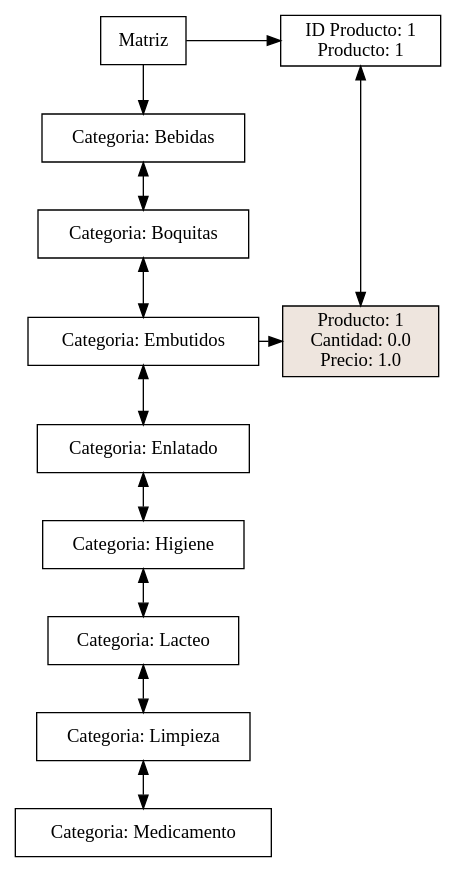
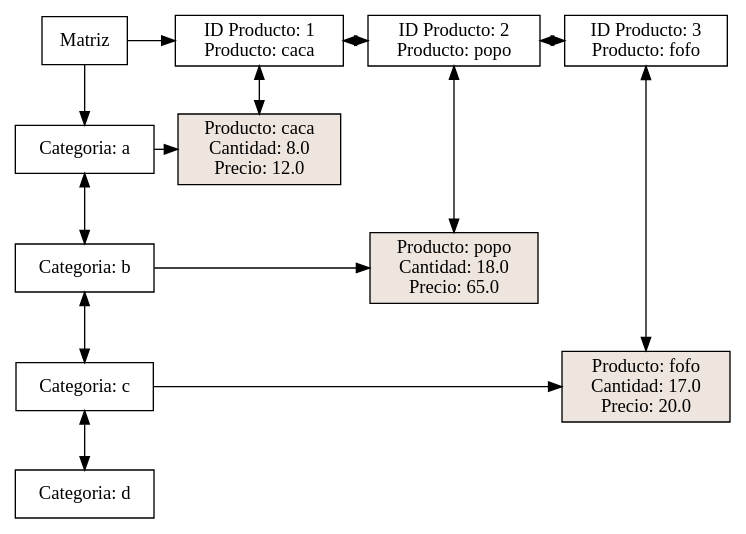
One commit to Eduardo01004/Proyecto_Clase_EDD changed the diagram in Proyecto_Clase/Matriz_inventario.dot. Above: the diagram before and after it, drawn with Graphviz. The commit also changed 103 other files, not shown here.

```diff
--- a/Proyecto_Clase/Matriz_inventario.dot
+++ b/Proyecto_Clase/Matriz_inventario.dot
@@ -1,31 +1,41 @@
 digraph G{
 node [shape = box]
 raiz[label="Matriz"  group=1];
-960840988 [label="Categoria: Bebidas" group = 1];
-1742038016 [label="Categoria: Boquitas" group = 1];
-1384080230 [label="Categoria: Embutidos" group = 1];
-1934208243 [label="Categoria: Enlatado" group = 1];
-1622632995 [label="Categoria: Higiene" group = 1];
-747562833 [label="Categoria: Lacteo" group = 1];
-96720373 [label="Categoria: Limpieza" group = 1];
-1003736970 [label="Categoria: Medicamento" group = 1];
-960840988->1742038016[dir=both];
-1742038016->1384080230[dir=both];
-1384080230->1934208243[dir=both];
-1934208243->1622632995[dir=both];
-1622632995->747562833[dir=both];
-747562833->96720373[dir=both];
-96720373->1003736970[dir=both];
-1836351770 [label="ID Producto: 1&#92;n Producto: 1" group = 3];
-raiz ->960840988
-raiz ->1836351770
+1199412169 [label="Categoria: a" group = 1];
+158301132 [label="Categoria: b" group = 1];
+438156904 [label="Categoria: c" group = 1];
+282672291 [label="Categoria: d" group = 1];
+1199412169->158301132[dir=both];
+158301132->438156904[dir=both];
+438156904->282672291[dir=both];
+691005268 [label="ID Producto: 1&#92;n Producto: caca" group = 3];
+310455195 [label="ID Producto: 2&#92;n Producto: popo" group = 4];
+104767966 [label="ID Producto: 3&#92;n Producto: fofo" group = 5];
+691005268->310455195[dir=both];
+310455195->104767966[dir=both];
+raiz ->1199412169
+raiz ->691005268
 { rank  = same; raiz 
-1836351770;
+691005268;
+310455195;
+104767966;
 }
-1752525855 [style=filled,fillcolor=seashell2,label= "Producto: 1&#92;n Cantidad: 0.0&#92;n Precio: 1.0" group = 3 ];
-1384080230->1752525855
-{ rank = same; 1384080230;
-1752525855;
+392555543 [style=filled,fillcolor=seashell2,label= "Producto: caca&#92;n Cantidad: 8.0&#92;n Precio: 12.0" group = 3 ];
+1874205010 [style=filled,fillcolor=seashell2,label= "Producto: popo&#92;n Cantidad: 18.0&#92;n Precio: 65.0" group = 4 ];
+1980999563 [style=filled,fillcolor=seashell2,label= "Producto: fofo&#92;n Cantidad: 17.0&#92;n Precio: 20.0" group = 5 ];
+1199412169->392555543
+{ rank = same; 1199412169;
+392555543;
 }
-1836351770->1752525855[dir=both];
+158301132->1874205010
+{ rank = same; 158301132;
+1874205010;
 }
+438156904->1980999563
+{ rank = same; 438156904;
+1980999563;
+}
+691005268->392555543[dir=both];
+310455195->1874205010[dir=both];
+104767966->1980999563[dir=both];
+}
```
